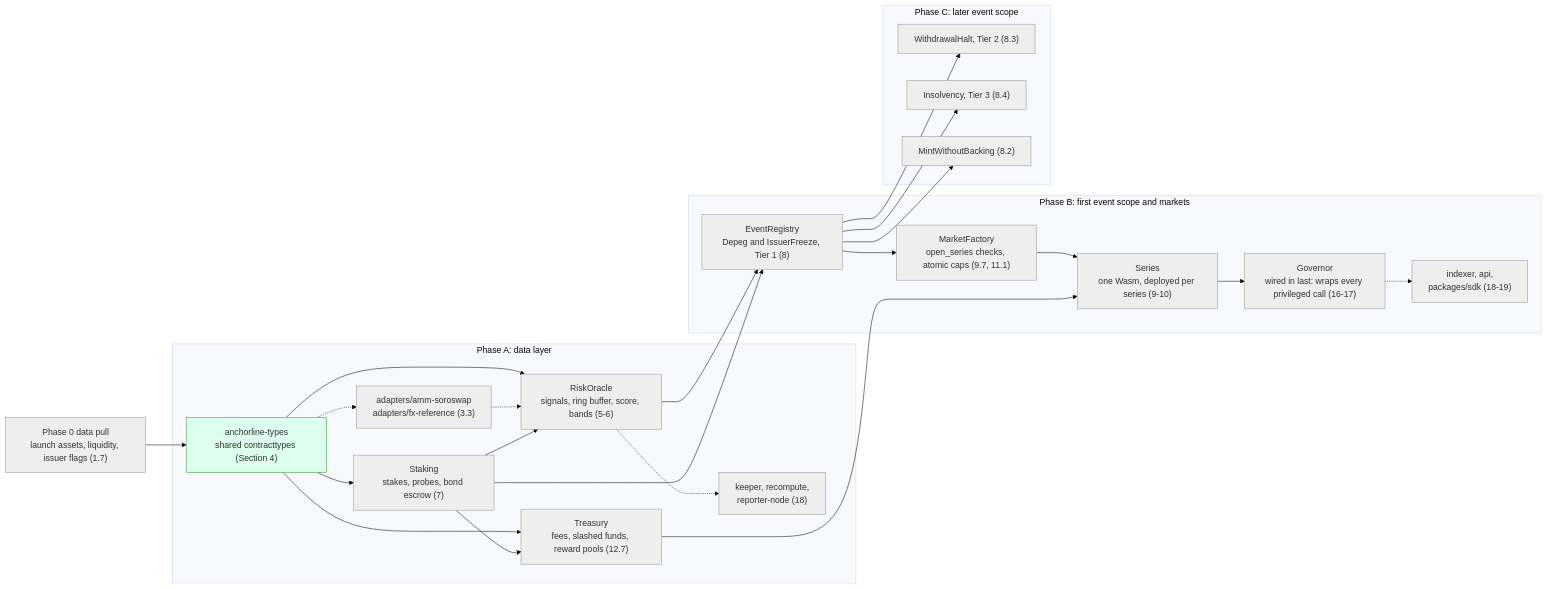
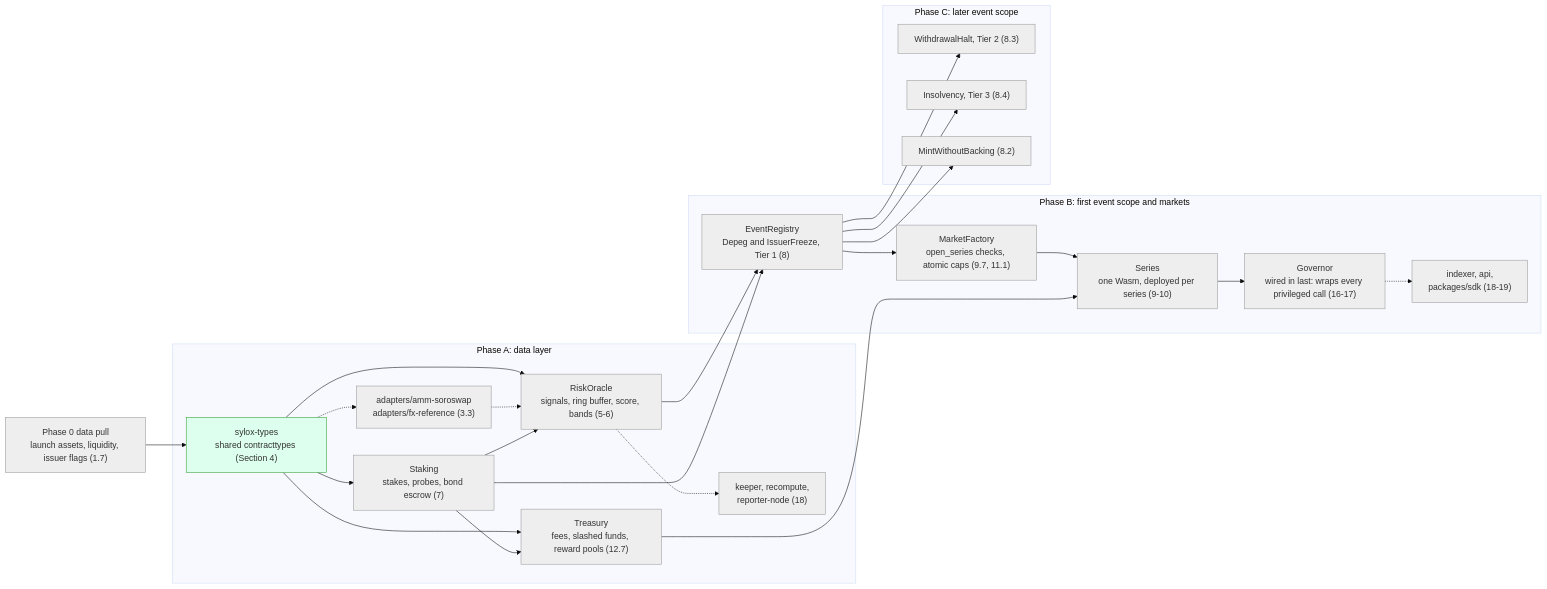
One commit to Sylox-labs/sylox changed diagram 14 of 14 in technical-doc.md. Above: the diagram before and after it, drawn with Mermaid (base theme). The commit also changed other lines of this file and 17 other files, not shown here.

````diff
--- a/technical-doc.md
+++ b/technical-doc.md
@@ -2151,40 +2151,40 @@
 ```mermaid
 flowchart LR
   P0["Phase 0 data pull<br/>launch assets, liquidity, issuer flags (1.7)"] --> A
 
   subgraph PA["Phase A: data layer"]
-    A["anchorline-types<br/>shared contracttypes (Section 4)"] --> B["RiskOracle<br/>signals, ring buffer, score, bands (5-6)"]
+    A["sylox-types<br/>shared contracttypes (Section 4)"] --> B["RiskOracle<br/>signals, ring buffer, score, bands (5-6)"]
     A --> C["Staking<br/>stakes, probes, bond escrow (7)"]
     A --> T["Treasury<br/>fees, slashed funds, reward pools (12.7)"]
     A -.-> H["adapters/amm-soroswap<br/>adapters/fx-reference (3.3)"]
     H -.-> B
     C --> B
     C --> T
     B -.-> K["keeper, recompute,<br/>reporter-node (18)"]
   end
 
   subgraph PB["Phase B: first event scope and markets"]
     D["EventRegistry<br/>Depeg and IssuerFreeze, Tier 1 (8)"] --> E["MarketFactory<br/>open_series checks, atomic caps (9.7, 11.1)"]
     E --> F["Series<br/>one Wasm, deployed per series (9-10)"]
     F --> G["Governor<br/>wired in last: wraps every privileged call (16-17)"]
     G -.-> I["indexer, api,<br/>packages/sdk (18-19)"]
   end
 
   subgraph PC["Phase C: later event scope"]
     L["WithdrawalHalt, Tier 2 (8.3)"]
     M["Insolvency, Tier 3 (8.4)"]
     N["MintWithoutBacking (8.2)"]
   end
 
   B --> D
   C --> D
   T --> F
   D --> L
   D --> M
   D --> N
 
   classDef done fill:#dfe,stroke:#393;
   classDef todo fill:#eee,stroke:#999;
   class A done;
   class P0,B,C,T,H,K,D,E,F,G,I,L,M,N todo;
 ```
````
